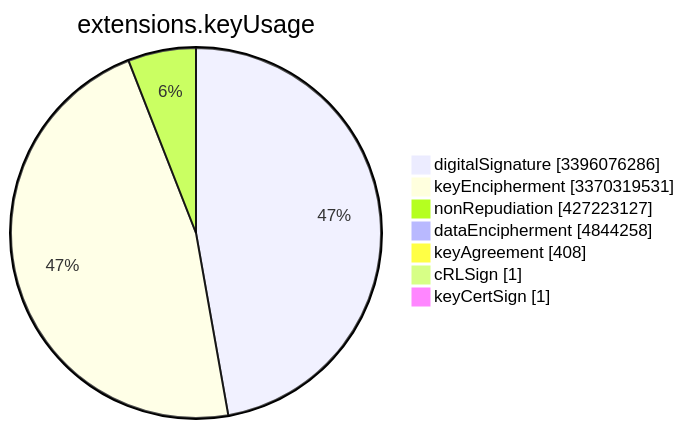
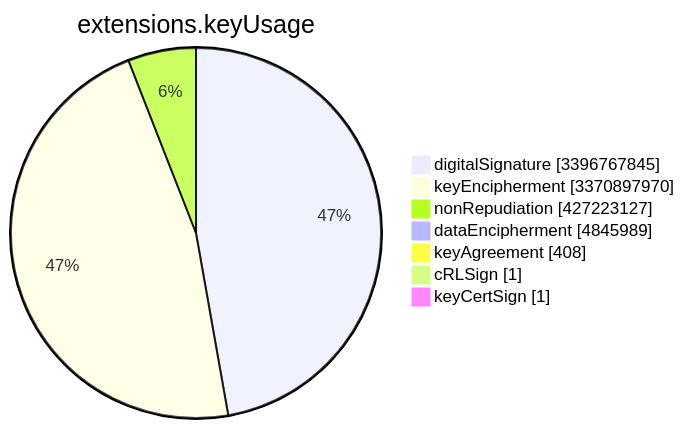
One commit to christiankrug/ctmonitor_visualization changed the sixth of 15 diagrams in TOTAL/README.md. Above: the diagram before and after it, drawn with Mermaid. The commit also changed other lines of this file, not shown here.

````diff
--- a/TOTAL/README.md
+++ b/TOTAL/README.md
@@ -3081,11 +3081,11 @@
 ```mermaid
 pie showData
 title extensions.keyUsage
-"digitalSignature" :3396076286
-"keyEncipherment" :3370319531
+"digitalSignature" :3396767845
+"keyEncipherment" :3370897970
 "nonRepudiation" :427223127
-"dataEncipherment" :4844258
+"dataEncipherment" :4845989
 "keyAgreement" :408
 "cRLSign" :1
 "keyCertSign" :1
 ```
````
